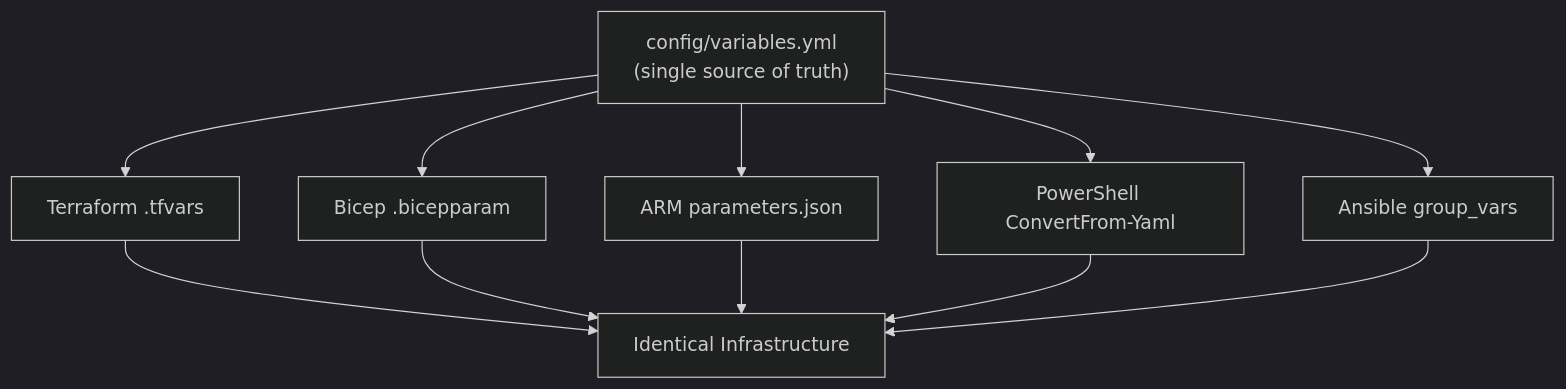
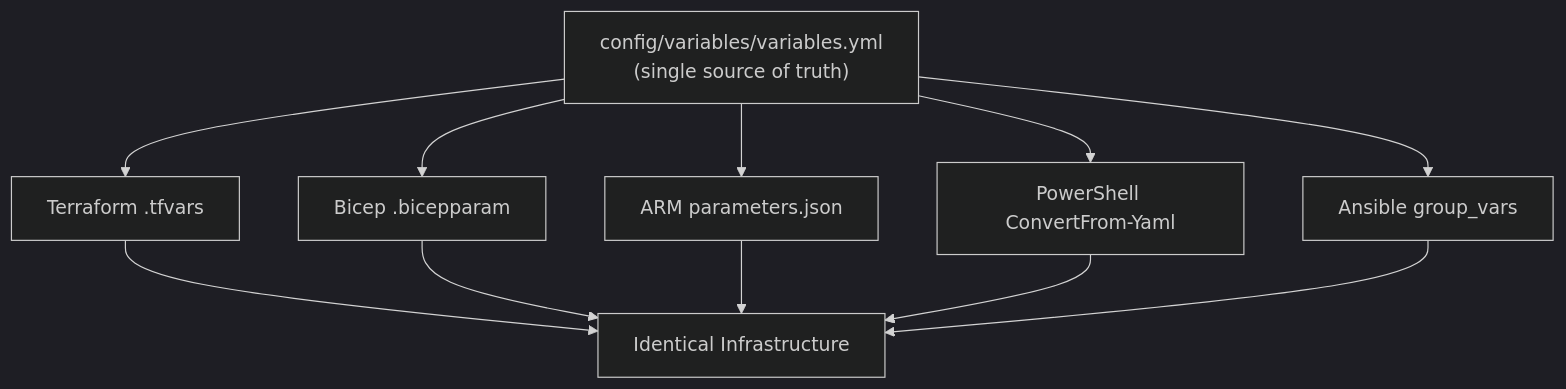
The diagram in docs/standards/automation.mdx (AzureLocal/azurelocal.github.io), drawn with Mermaid (dark theme) before and after one commit. The commit also changed other lines of this file and 22 other files, not shown here.

````diff
--- a/docs/standards/automation.mdx
+++ b/docs/standards/automation.mdx
@@ -17,13 +17,13 @@
 ```mermaid
 flowchart TB
-    A["config/variables.yml<br/>(single source of truth)"] --> B[Terraform .tfvars]
+    A["config/variables/variables.yml<br/>(single source of truth)"] --> B[Terraform .tfvars]
     A --> C[Bicep .bicepparam]
     A --> D[ARM parameters.json]
     A --> E[PowerShell ConvertFrom-Yaml]
     A --> F[Ansible group_vars]
     B --> G[Identical Infrastructure]
     C --> G
     D --> G
     E --> G
     F --> G
 ```
````
